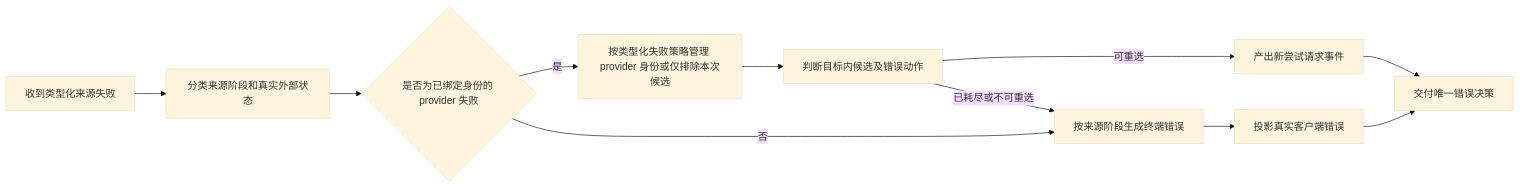
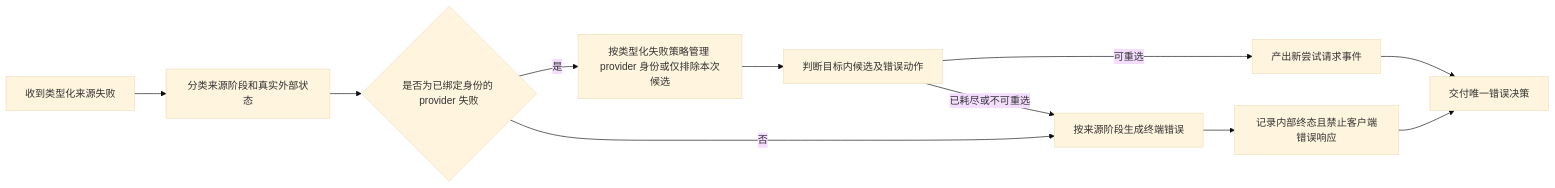
The third of 4 diagrams in docs/architecture/dagpipe/v3-proxy-pipeline-target.md (Jasonzhangf/routecodex), drawn with Mermaid (base theme) before and after one commit. The commit also changed other lines of this file and 39 other files, not shown here.

````diff
--- a/docs/architecture/dagpipe/v3-proxy-pipeline-target.md
+++ b/docs/architecture/dagpipe/v3-proxy-pipeline-target.md
@@ -86,13 +86,13 @@
 ```mermaid
 flowchart LR
   A[收到类型化来源失败] --> B[分类来源阶段和真实外部状态]
   B --> C{是否为已绑定身份的 provider 失败}
   C -->|是| D[按类型化失败策略管理 provider 身份或仅排除本次候选]
   D --> E[判断目标内候选及错误动作]
   C -->|否| F[按来源阶段生成终端错误]
   E -->|可重选| G[产出新尝试请求事件]
   E -->|已耗尽或不可重选| F
-  F --> H[投影真实客户端错误]
+  F --> H[记录内部终态且禁止客户端错误响应]
   G --> I[交付唯一错误决策]
   H --> I
 ```
````
